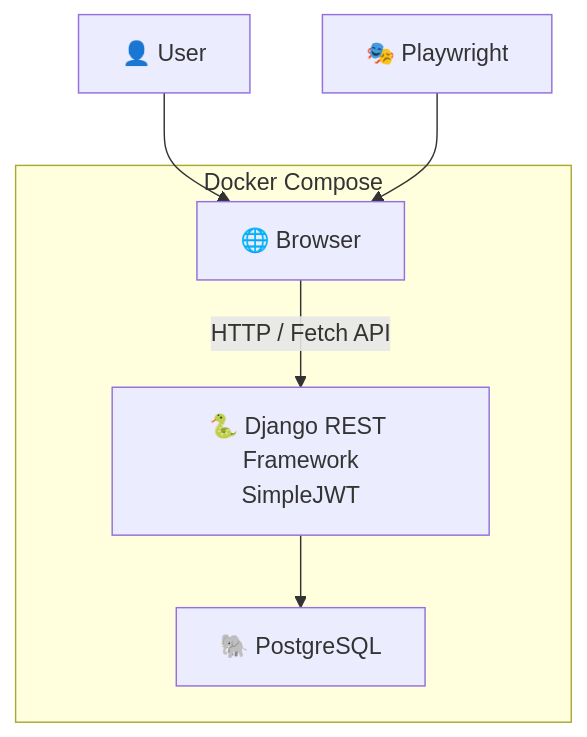
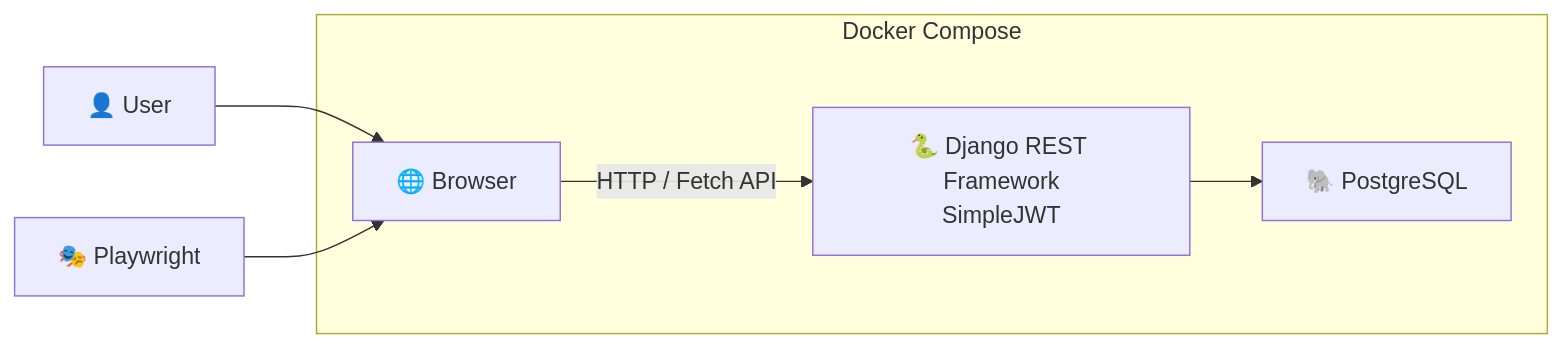
The first of 2 diagrams in README.md (Yokouchi111113/djangotask), drawn with Mermaid before and after one commit.

````diff
--- a/README.md
+++ b/README.md
@@ -39,18 +39,18 @@
 ```mermaid
-graph TD
+graph LR
 
     User["👤 User"]
 
     subgraph Docker Compose
         Browser["🌐 Browser"]
         Web["🐍 Django REST Framework<br/>SimpleJWT"]
         DB["🐘 PostgreSQL"]
     end
 
     User --> Browser
     Browser -->|"HTTP / Fetch API"| Web
     Web --> DB
 
     Playwright["🎭 Playwright"]
     Playwright --> Browser
 ```
````
